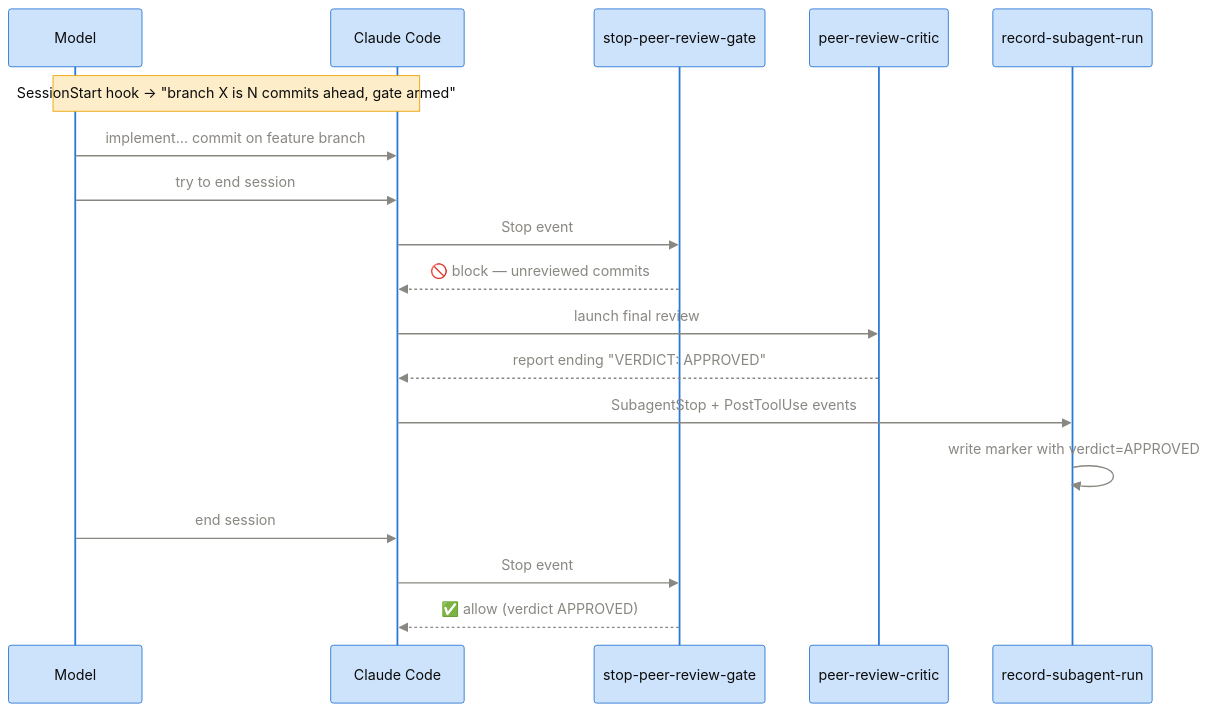
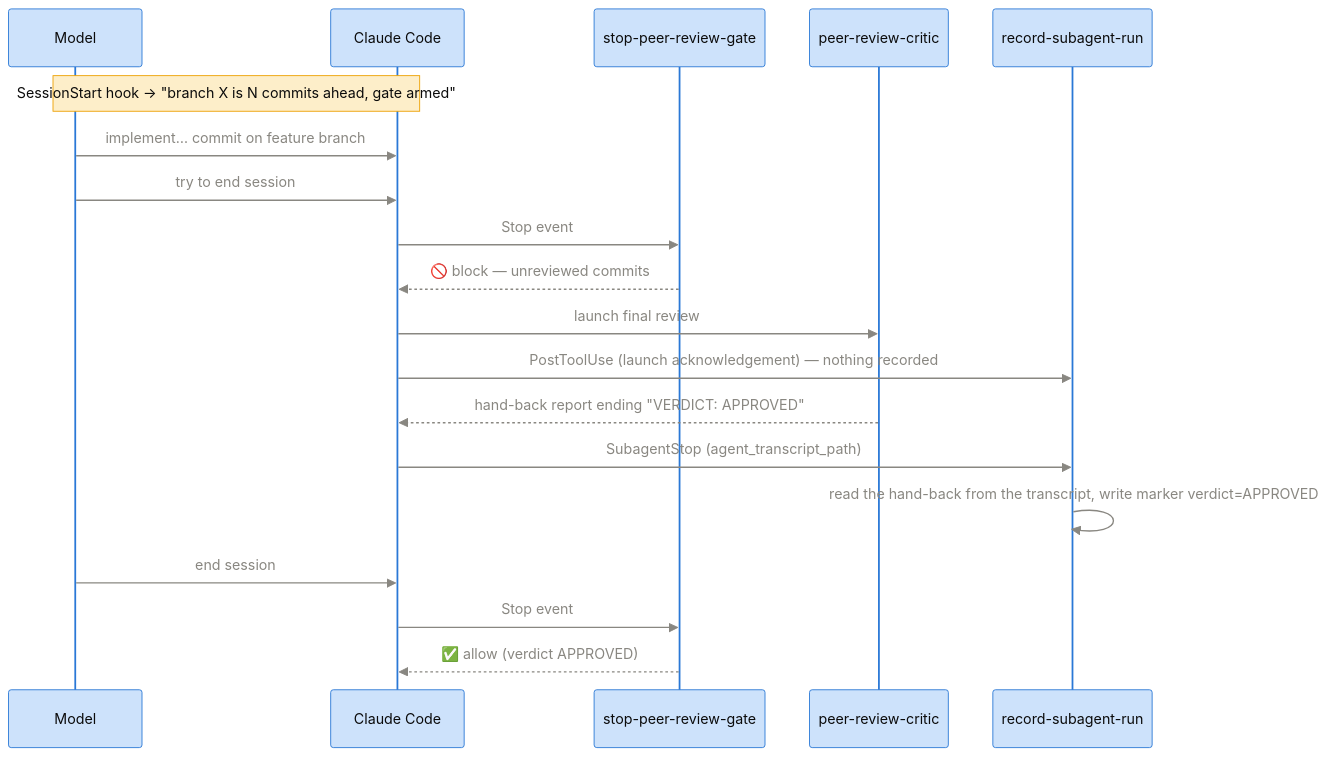
The sixth of 9 diagrams in docs/team-presentation.md (tomas-rampas/agentic-framework), drawn with Mermaid before and after one commit. The commit also changed other lines of this file and 13 other files, not shown here.

````diff
--- a/docs/team-presentation.md
+++ b/docs/team-presentation.md
@@ -188,22 +188,23 @@
 ```mermaid
 %%{init: {"theme": "base", "themeVariables": {"background": "transparent", "actorBkg": "#cde2fb", "actorBorder": "#2a78d6", "actorTextColor": "#0b0b0b", "signalColor": "#898781", "signalTextColor": "#898781", "noteBkgColor": "#fdeec9", "noteBorderColor": "#eda100", "noteTextColor": "#0b0b0b"}}}%%
 sequenceDiagram
     participant M as Model
     participant CC as Claude Code
     participant G as stop-peer-review-gate
     participant PRC as peer-review-critic
     participant R as record-subagent-run
 
     Note over CC,M: SessionStart hook → "branch X is N commits ahead, gate armed"
     M->>CC: implement… commit on feature branch
     M->>CC: try to end session
     CC->>G: Stop event
     G-->>CC: 🚫 block — unreviewed commits
     CC->>PRC: launch final review
-    PRC-->>CC: report ending "VERDICT: APPROVED"
-    CC->>R: SubagentStop + PostToolUse events
-    R->>R: write marker with verdict=APPROVED
+    CC->>R: PostToolUse (launch acknowledgement) — nothing recorded
+    PRC-->>CC: hand-back report ending "VERDICT: APPROVED"
+    CC->>R: SubagentStop (agent_transcript_path)
+    R->>R: read the hand-back from the transcript, write marker verdict=APPROVED
     M->>CC: end session
     CC->>G: Stop event
     G-->>CC: ✅ allow (verdict APPROVED)
 ```
````
